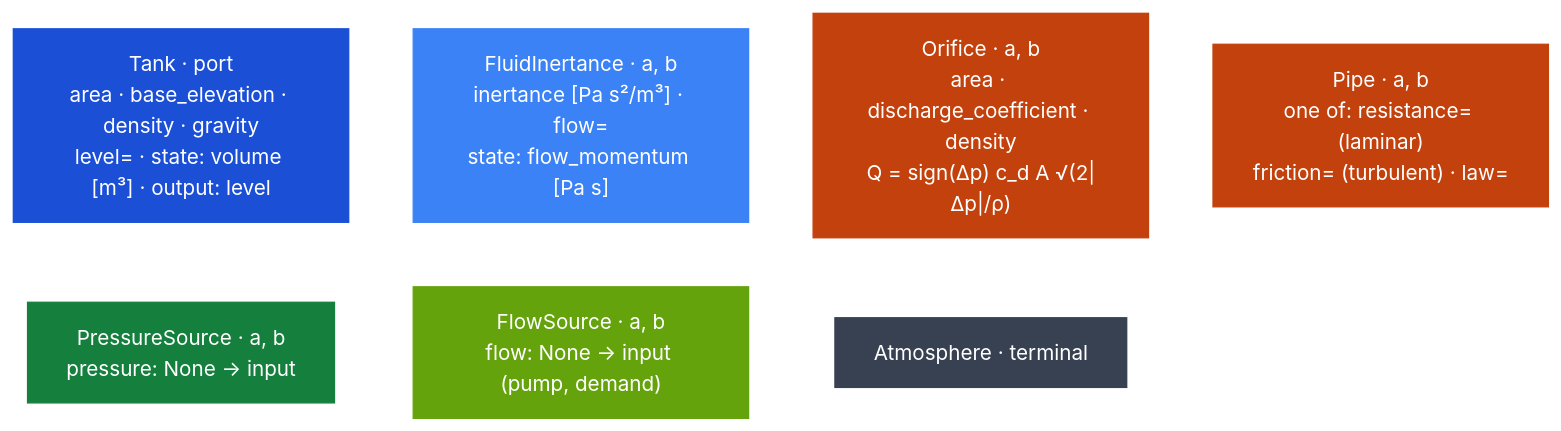
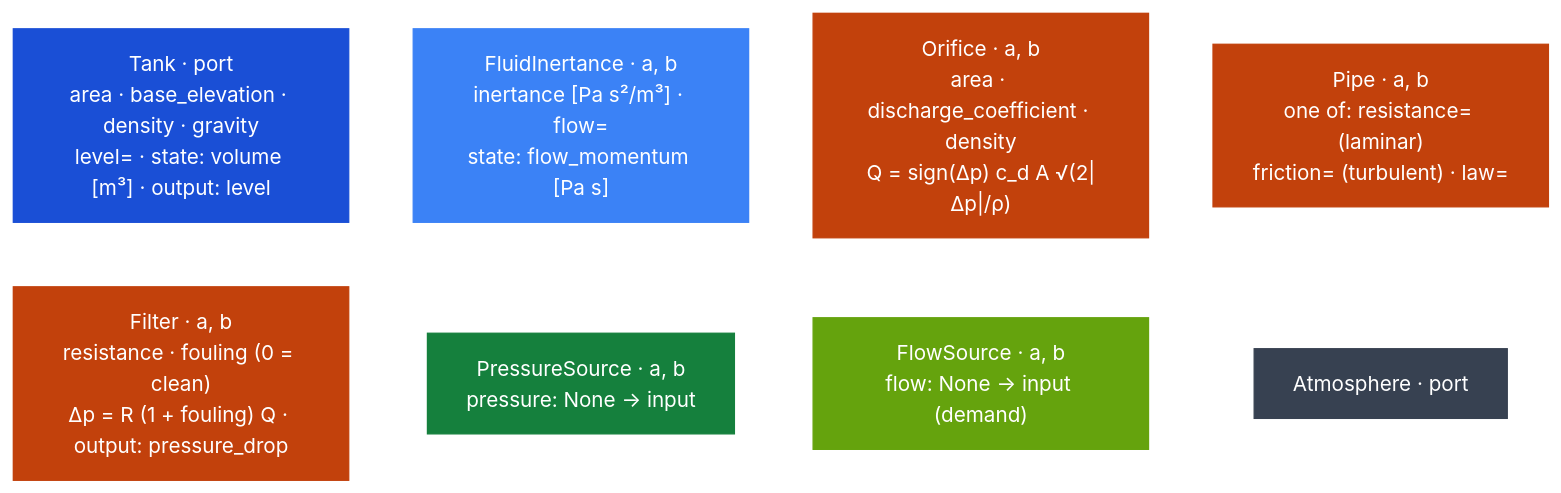
One commit to otwin-core/otwin changed the sixth of 11 diagrams in COMPONENTS.md. Above: the diagram before and after it, drawn with Mermaid (forest theme). The commit also changed other lines of this file and 57 other files, not shown here.

````diff
--- a/COMPONENTS.md
+++ b/COMPONENTS.md
@@ -261,18 +262,19 @@
 ```mermaid
 flowchart LR
     classDef as fill:#1a4fd6,color:#fff,stroke:#1a4fd6
     classDef ts fill:#3b82f6,color:#fff,stroke:#3b82f6
     classDef rs fill:#c2410c,color:#fff,stroke:#c2410c
     classDef ax fill:#15803d,color:#fff,stroke:#15803d
     classDef tx fill:#65a30d,color:#fff,stroke:#65a30d
     classDef rf fill:#374151,color:#fff,stroke:#374151
     H1["Tank · port<br/>area · base_elevation · density · gravity<br/>level= · state: volume [m³] · output: level"]:::as
     H2["FluidInertance · a, b<br/>inertance [Pa s²/m³] · flow=<br/>state: flow_momentum [Pa s]"]:::ts
     H3["Orifice · a, b<br/>area · discharge_coefficient · density<br/>Q = sign(Δp) c_d A √(2|Δp|/ρ)"]:::rs
     H4["Pipe · a, b<br/>one of: resistance= (laminar)<br/>friction= (turbulent) · law="]:::rs
+    H4b["Filter · a, b<br/>resistance · fouling (0 = clean)<br/>Δp = R (1 + fouling) Q · output: pressure_drop"]:::rs
     H5["PressureSource · a, b<br/>pressure: None → input"]:::ax
-    H6["FlowSource · a, b<br/>flow: None → input (pump, demand)"]:::tx
-    H7["Atmosphere · terminal"]:::rf
+    H6["FlowSource · a, b<br/>flow: None → input (demand)"]:::tx
+    H7["Atmosphere · port"]:::rf
     H1 ~~~ H2 ~~~ H3 ~~~ H4
-    H5 ~~~ H6 ~~~ H7
+    H4b ~~~ H5 ~~~ H6 ~~~ H7
 ```
````
